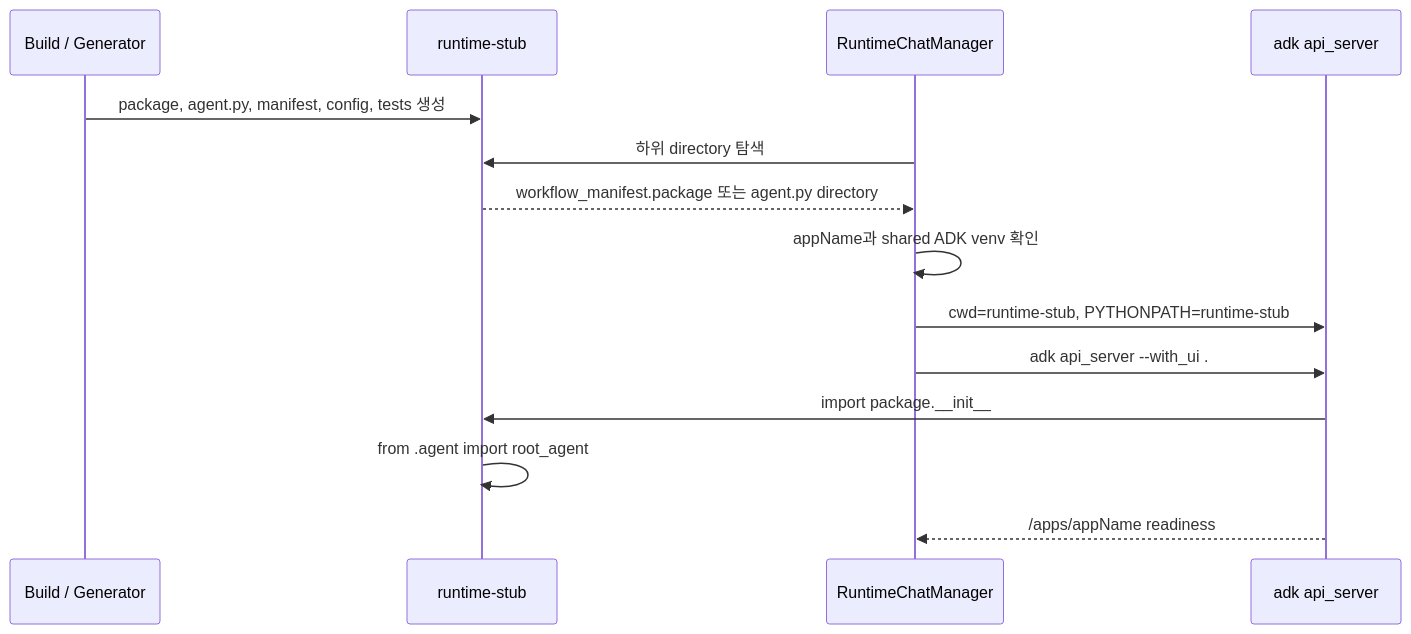
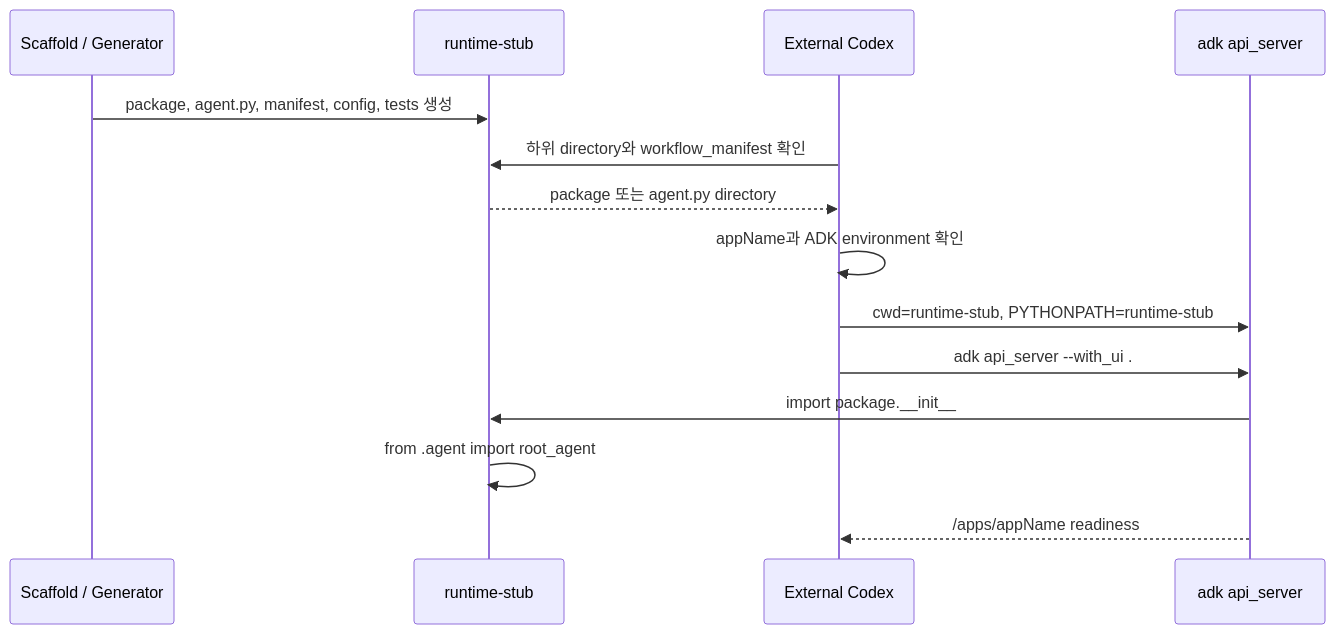
One commit to gttmr/af-companion changed the fifth of 5 diagrams in docs/reference/agent-development-standard.md. Above: the diagram before and after it, drawn with Mermaid. The commit also changed other lines of this file and 53 other files, not shown here.

Commit message:
document the external Codex companion cutover

````diff
--- a/docs/reference/agent-development-standard.md
+++ b/docs/reference/agent-development-standard.md
@@ -329,17 +329,17 @@
 ```mermaid
 sequenceDiagram
-    participant B as Build / Generator
+    participant B as Scaffold / Generator
     participant F as runtime-stub
-    participant R as RuntimeChatManager
+    participant C as External Codex
     participant A as adk api_server
 
     B->>F: package, agent.py, manifest, config, tests 생성
-    R->>F: 하위 directory 탐색
-    F-->>R: workflow_manifest.package 또는 agent.py directory
-    R->>R: appName과 shared ADK venv 확인
-    R->>A: cwd=runtime-stub, PYTHONPATH=runtime-stub
-    R->>A: adk api_server --with_ui .
+    C->>F: 하위 directory와 workflow_manifest 확인
+    F-->>C: package 또는 agent.py directory
+    C->>C: appName과 ADK environment 확인
+    C->>A: cwd=runtime-stub, PYTHONPATH=runtime-stub
+    C->>A: adk api_server --with_ui .
     A->>F: import package.__init__
     F->>F: from .agent import root_agent
-    A-->>R: /apps/appName readiness
+    A-->>C: /apps/appName readiness
 ```
````
